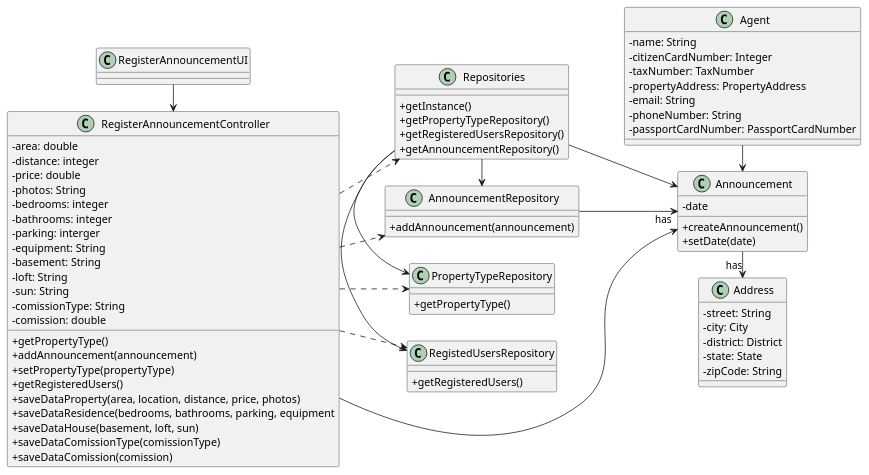
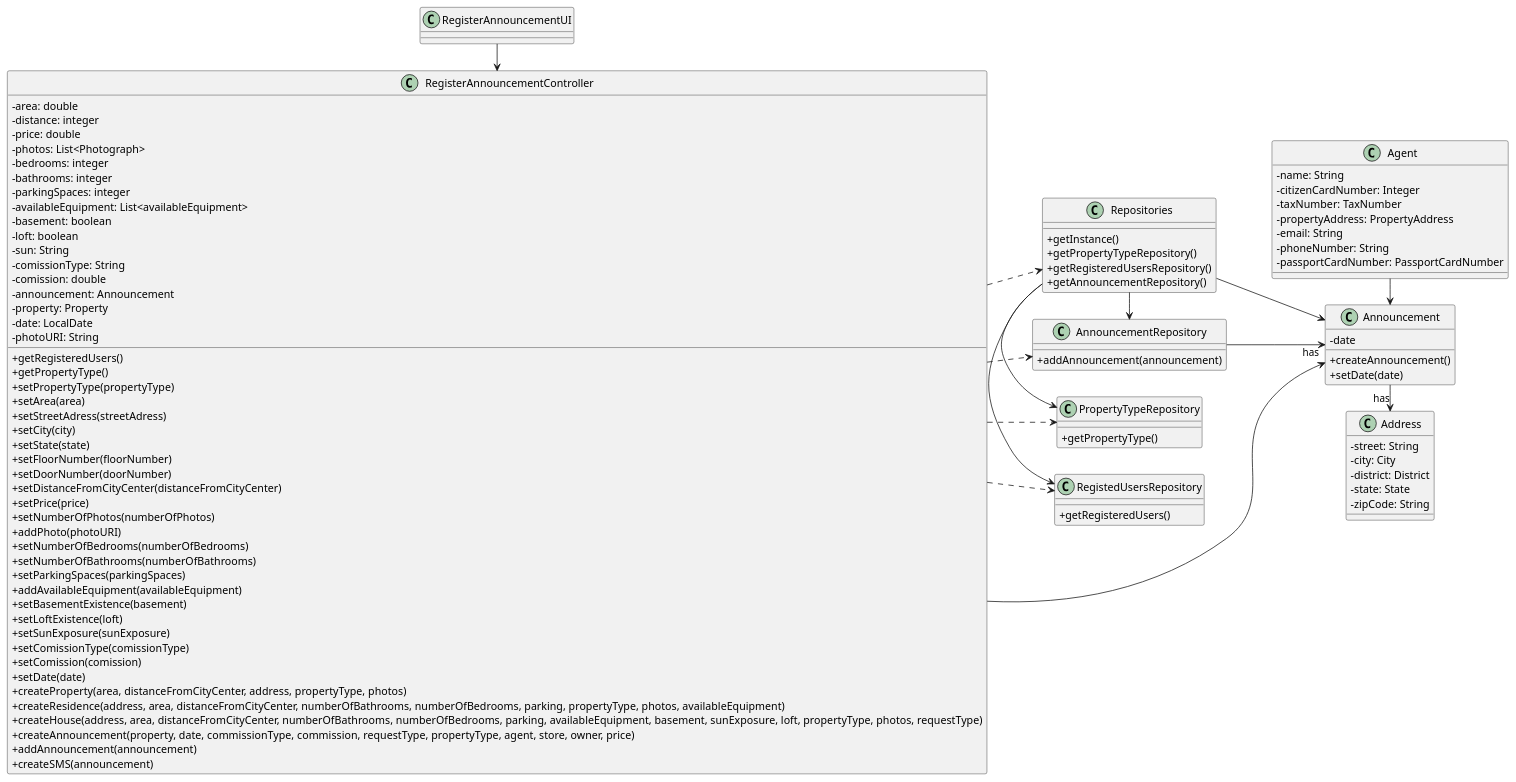
Before and after one commit to 1220812/LAPR2: the diagram in docs/sprintD/us002/03.design/puml/us002-class-diagram.puml, drawn with PlantUML. The commit also changed 8 other files, not shown here.

```diff
--- a/docs/sprintD/us002/03.design/puml/us002-class-diagram.puml
+++ b/docs/sprintD/us002/03.design/puml/us002-class-diagram.puml
@@ -1,106 +1,130 @@
 @startuml
 'skinparam monochrome true
 skinparam packageStyle rectangle
 skinparam shadowing false
 skinparam linetype polyline
 skinparam linetype orto
 
 skinparam classAttributeIconSize 0
 
 left to right direction
 
 class RegisterAnnouncementUI
 
 class RegisterAnnouncementController
 {
     -area: double
     -distance: integer
     -price: double
-    -photos: String
+    -photos: List<Photograph>
     -bedrooms: integer
     -bathrooms: integer
-    -parking: interger
-    -equipment: String
-    -basement: String
-    -loft: String
+    -parkingSpaces: integer
+    -availableEquipment: List<availableEquipment>
+    -basement: boolean
+    -loft: boolean
     -sun: String
     -comissionType: String
     -comission: double
+    -announcement: Announcement
+    -property: Property
+    -date: LocalDate
+    -photoURI: String
+    +getRegisteredUsers()
     +getPropertyType()
+    +setPropertyType(propertyType)
+    +setArea(area)
+    +setStreetAdress(streetAdress)
+    +setCity(city)
+    +setState(state)
+    +setFloorNumber(floorNumber)
+    +setDoorNumber(doorNumber)
+    +setDistanceFromCityCenter(distanceFromCityCenter)
+    +setPrice(price)
+    +setNumberOfPhotos(numberOfPhotos)
+    +addPhoto(photoURI)
+    +setNumberOfBedrooms(numberOfBedrooms)
+    +setNumberOfBathrooms(numberOfBathrooms)
+    +setParkingSpaces(parkingSpaces)
+    +addAvailableEquipment(availableEquipment)
+    +setBasementExistence(basement)
+    +setLoftExistence(loft)
+    +setSunExposure(sunExposure)
+    +setComissionType(comissionType)
+    +setComission(comission)
+    +setDate(date)
+    +createProperty(area, distanceFromCityCenter, address, propertyType, photos)
+    +createResidence(address, area, distanceFromCityCenter, numberOfBathrooms, numberOfBedrooms, parking, propertyType, photos, availableEquipment)
+    +createHouse(address, area, distanceFromCityCenter, numberOfBathrooms, numberOfBedrooms, parking, availableEquipment, basement, sunExposure, loft, propertyType, photos, requestType)
+    +createAnnouncement(property, date, commissionType, commission, requestType, propertyType, agent, store, owner, price)
     +addAnnouncement(announcement)
-    +setPropertyType(propertyType)
-    +getRegisteredUsers()
-    +saveDataProperty(area, location, distance, price, photos)
-    +saveDataResidence(bedrooms, bathrooms, parking, equipment
-    +saveDataHouse(basement, loft, sun)
-    +saveDataComissionType(comissionType)
-    +saveDataComission(comission)
+    +createSMS(announcement)
 }
 
 class Repositories
 {
     +getInstance()
     +getPropertyTypeRepository()
     +getRegisteredUsersRepository()
     +getAnnouncementRepository()
 }
 
 class PropertyTypeRepository
 {
     +getPropertyType()
 }
 
 class RegistedUsersRepository
 {
     +getRegisteredUsers()
 }
 
 class Announcement
 {
     -date
     +createAnnouncement()
     +setDate(date)
 }
 
 class Agent
 {
     -name: String
     -citizenCardNumber: Integer
     -taxNumber: TaxNumber
     -propertyAddress: PropertyAddress
     -email: String
     -phoneNumber: String
     -passportCardNumber: PassportCardNumber
 }
 
 Class Address
 {
     -street: String
     -city: City
     -district: District
     -state: State
     -zipCode: String
 }
 
 class AnnouncementRepository
 {
     +addAnnouncement(announcement)
 }
 
 
 
 RegisterAnnouncementUI -> RegisterAnnouncementController
 RegisterAnnouncementController .> Repositories
 Repositories -> Announcement
 Repositories -> RegistedUsersRepository
 Repositories -> PropertyTypeRepository
 Repositories -> AnnouncementRepository
 RegisterAnnouncementController ---> Announcement
 RegisterAnnouncementController ..> RegistedUsersRepository
 RegisterAnnouncementController ..> PropertyTypeRepository
 RegisterAnnouncementController ..> AnnouncementRepository
 AnnouncementRepository -> "has" Announcement
 
 Agent -> Announcement
 Announcement -> "has" Address
 @enduml
```
